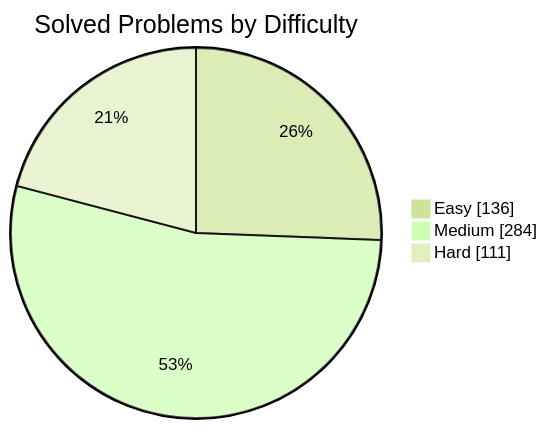
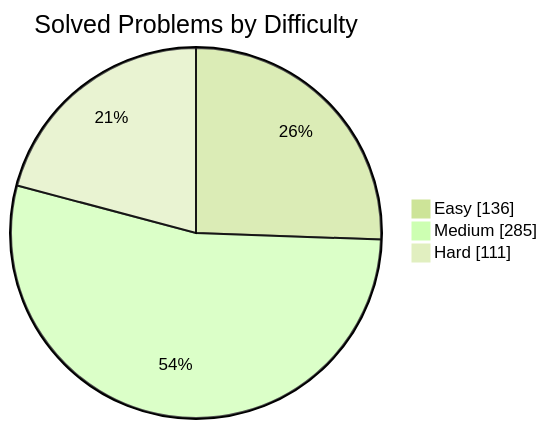
Before and after one commit to manikantbindass/DSA-Preparation-FAANG: the first of 2 diagrams in README.md, drawn with Mermaid (forest theme). The commit also changed other lines of this file and 1 other file, not shown here.

````diff
--- a/README.md
+++ b/README.md
@@ -79,7 +79,7 @@
 ```mermaid
 pie showData
     title Solved Problems by Difficulty
     "Easy" : 136
-    "Medium" : 284
+    "Medium" : 285
     "Hard" : 111
 ```
````
